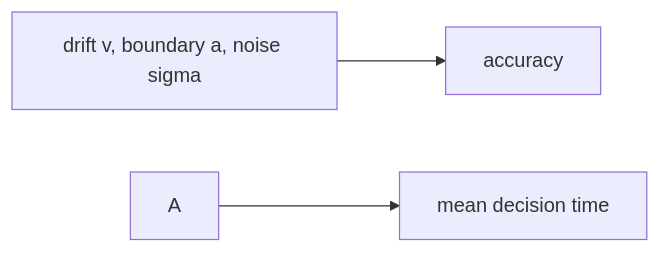
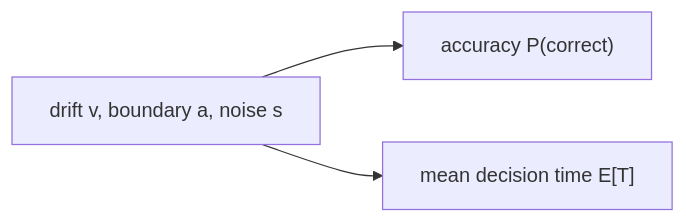
The diagram in docs/math/ddm.md (docxology/MetaInformAnt), drawn with Mermaid before and after one commit. The commit also changed other lines of this file and 35 other files, not shown here.

````diff
--- a/docs/math/ddm.md
+++ b/docs/math/ddm.md
@@ -5,5 +5,5 @@
 ```mermaid
 flowchart LR
-  AdriftV,BoundaryA,NoiseSigma[drift v, boundary a, noise sigma] --> B[accuracy]
-  A --> CmeanDecisionTime[mean decision time]
+  P["drift v, boundary a, noise s"] --> ACC["accuracy P(correct)"]
+  P --> RT["mean decision time E[T]"]
 ```
````
